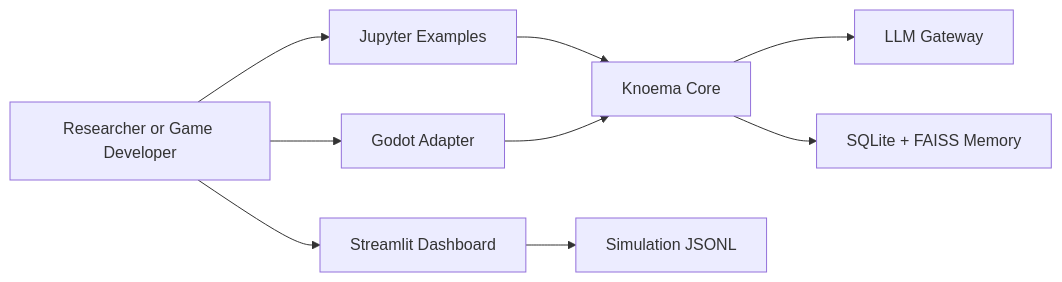
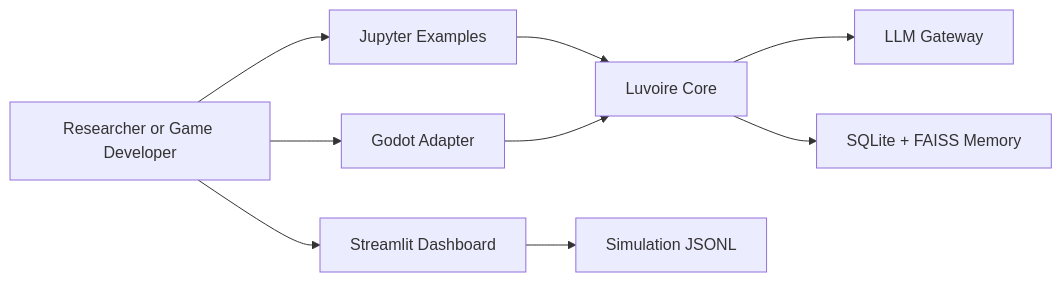
The first of 2 diagrams in docs/architecture.md (Celovin/knoema), drawn with Mermaid before and after one commit. The commit also changed other lines of this file and 713 other files, not shown here.

````diff
--- a/docs/architecture.md
+++ b/docs/architecture.md
@@ -21,11 +21,11 @@
 ```mermaid
 flowchart LR
     User[Researcher or Game Developer] --> Notebook[Jupyter Examples]
     User --> Dashboard[Streamlit Dashboard]
     User --> Game[Godot Adapter]
-    Notebook --> Core[Knoema Core]
+    Notebook --> Core[Luvoire Core]
     Dashboard --> JSONL[Simulation JSONL]
     Game --> Core
     Core --> LLM[LLM Gateway]
     Core --> Store[SQLite + FAISS Memory]
 ```
````
